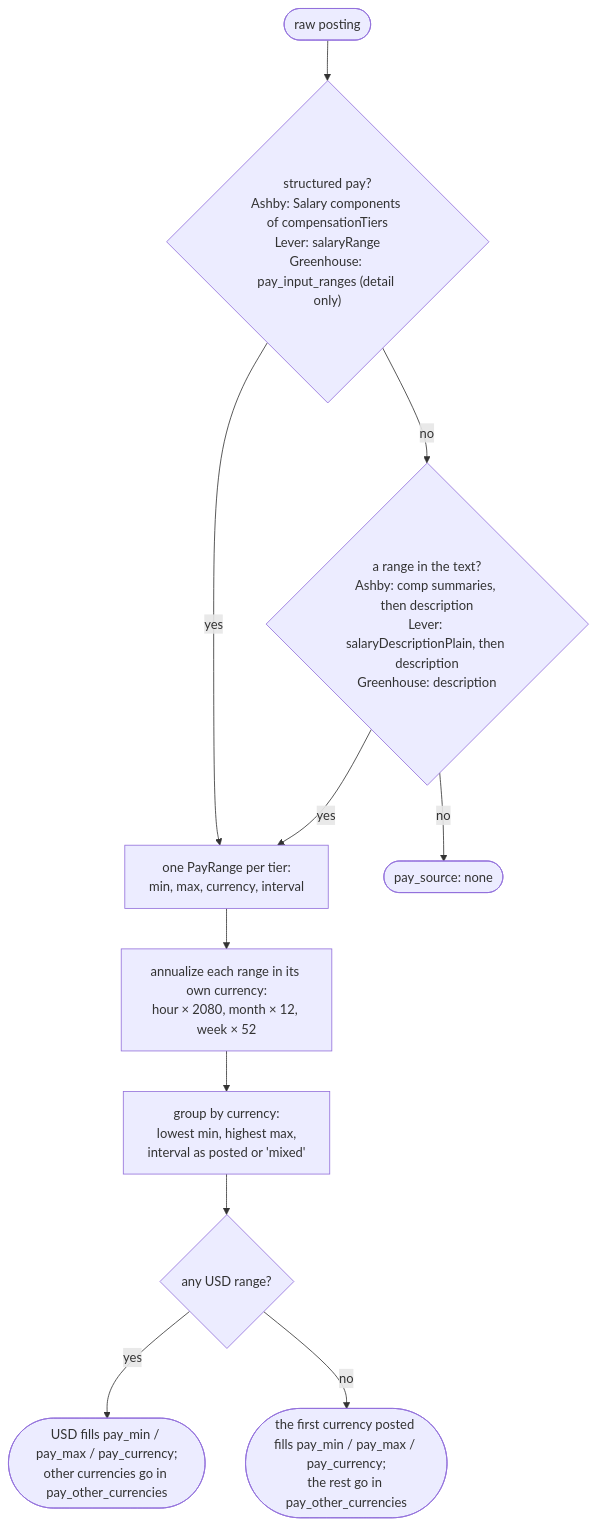
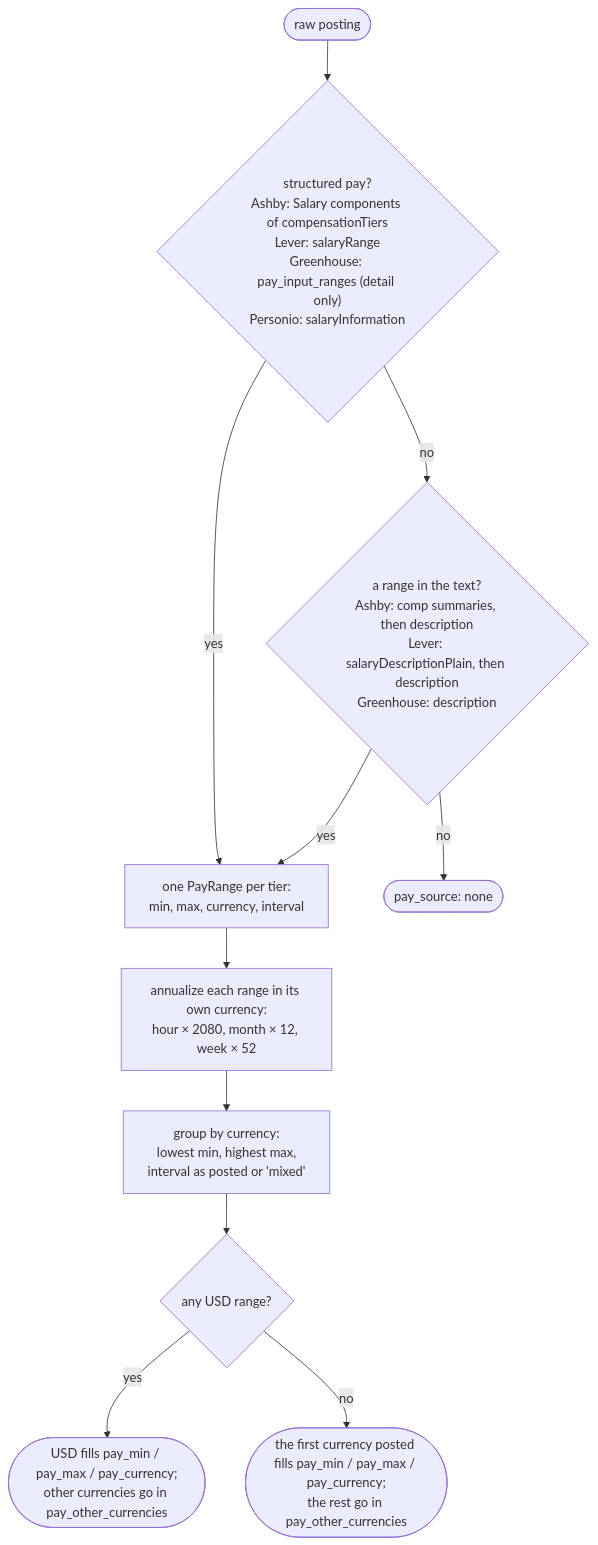
One commit to HakujouRyu/jobboard-mcp changed the second of 3 diagrams in docs/normalization.md. Above: the diagram before and after it, drawn with Mermaid. The commit also changed other lines of this file and 31 other files, not shown here.

````diff
--- a/docs/normalization.md
+++ b/docs/normalization.md
@@ -102,13 +105,13 @@
 ```mermaid
 flowchart TD
-    start(["raw posting"]) --> s{"structured pay?<br/>Ashby: Salary components of compensationTiers<br/>Lever: salaryRange<br/>Greenhouse: pay_input_ranges (detail only)"}
+    start(["raw posting"]) --> s{"structured pay?<br/>Ashby: Salary components of compensationTiers<br/>Lever: salaryRange<br/>Greenhouse: pay_input_ranges (detail only)<br/>Personio: salaryInformation"}
     s -- yes --> ranges["one PayRange per tier:<br/>min, max, currency, interval"]
     s -- no --> text{"a range in the text?<br/>Ashby: comp summaries, then description<br/>Lever: salaryDescriptionPlain, then description<br/>Greenhouse: description"}
     text -- yes --> ranges
     text -- no --> none(["pay_source: none"])
     ranges --> ann["annualize each range in its own currency:<br/>hour × 2080, month × 12, week × 52"]
     ann --> group["group by currency:<br/>lowest min, highest max,<br/>interval as posted or 'mixed'"]
     group --> usd{"any USD range?"}
     usd -- yes --> primusd(["USD fills pay_min / pay_max / pay_currency;<br/>other currencies go in pay_other_currencies"])
     usd -- no --> primfirst(["the first currency posted fills pay_min / pay_max / pay_currency;<br/>the rest go in pay_other_currencies"])
 ```
````
